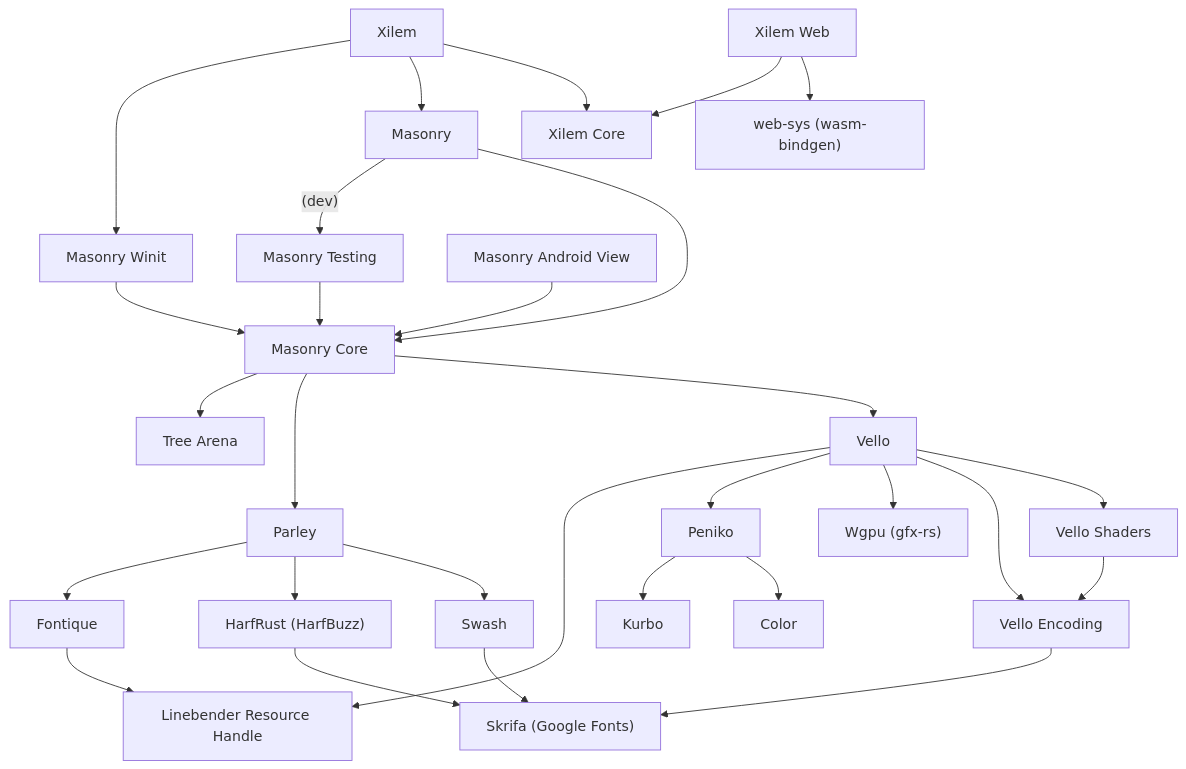
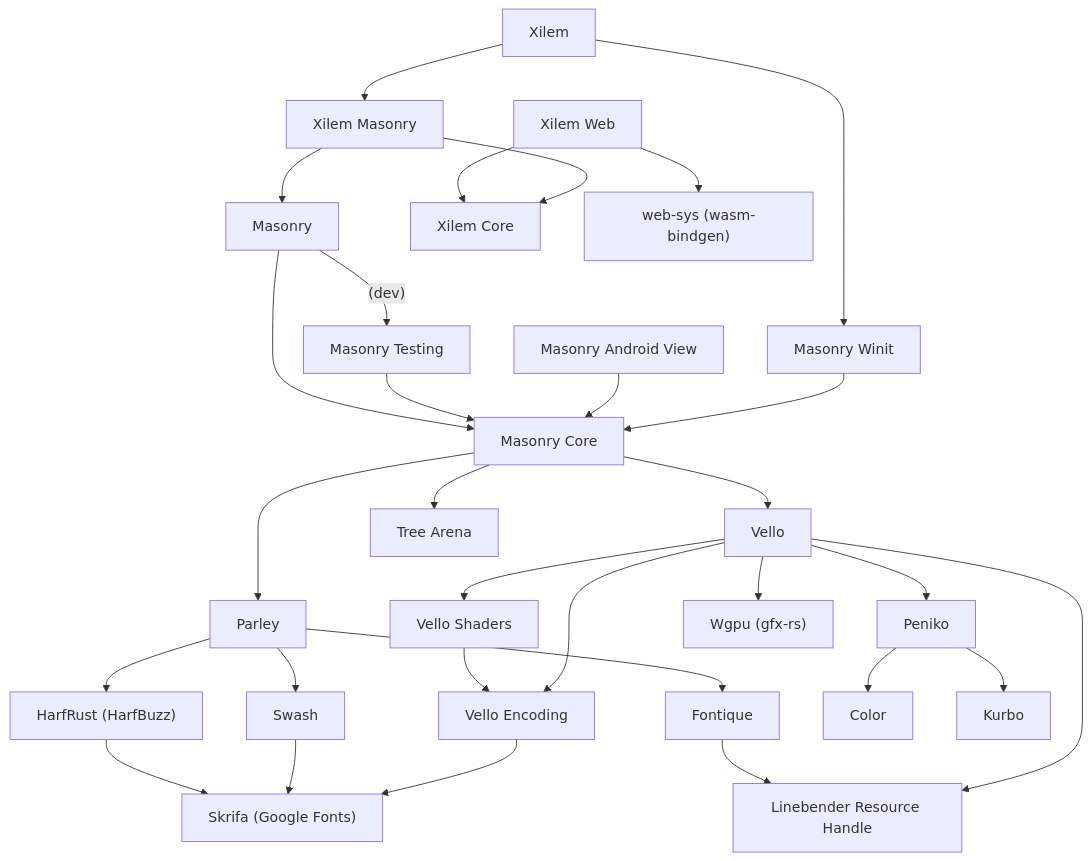
Before and after one commit to linebender/xilem: the diagram in ARCHITECTURE.md, drawn with Mermaid. The commit also changed other lines of this file and 40 other files, not shown here.

First line of the commit message:
Split off code into new `xilem_masonry` crate (#1503)

````diff
--- a/ARCHITECTURE.md
+++ b/ARCHITECTURE.md
@@ -19,75 +20,78 @@
 ```mermaid
 graph TD
 %%   subgraph Masonry
     masonry[Masonry]
     masonry_core[Masonry Core]
 %%   end
     %% subgraph Masonry Drivers
         masonry_testing[Masonry Testing]
         masonry_winit[Masonry Winit]
         masonry_android_view[Masonry Android View]
     %% end
 %%   subgraph Xilem
     xilem[Xilem]
+    xilem_masonry[Xilem Masonry]
     xilem_core[Xilem Core]
     xilem_web[Xilem Web]
 %%   end
 %%   subgraph Vello
         vello[Vello]
         vello_encoding[Vello Encoding]
         vello_shaders[Vello Shaders]
         peniko[Peniko]
 %%   end
 %%   subgraph Parley
     parley[Parley]
     fontique[Fontique]
 %%   end
 tree_arena[Tree Arena]
 %%   subgraph Font Infrastructure
     linebender_resource_handle[Linebender Resource Handle]
     skrifa["Skrifa (Google Fonts)"]
     swash[Swash]
     harfrust["HarfRust (HarfBuzz)"]
 %%   end
 
 color[Color]
 kurbo[Kurbo]
 web_sys["web-sys (wasm-bindgen)"]
 
 wgpu["Wgpu (gfx-rs)"]
 
 fontique --> linebender_resource_handle
 masonry-->masonry_core
 masonry-- (dev) -->masonry_testing
 masonry_testing-->masonry_core
 
 masonry_android_view --> masonry_core
 masonry_winit --> masonry_core
 harfrust --> skrifa
 swash --> skrifa
 parley --> swash
 parley --> harfrust
 parley --> fontique
 
 peniko --> color
 peniko --> kurbo
 
 vello --> vello_shaders
 vello_shaders --> vello_encoding
 vello --> vello_encoding
 vello_encoding --> skrifa
 vello --> wgpu
 
 vello --> peniko
 vello --> linebender_resource_handle
 
 xilem_web --> web_sys
 xilem_web --> xilem_core
-xilem --> xilem_core
 masonry_core -->  vello
 masonry_core -->  parley
 masonry_core -->  tree_arena
 
-xilem --> masonry
+xilem_masonry --> xilem_core
+xilem_masonry --> masonry
+
+xilem --> xilem_masonry
 xilem --> masonry_winit
 ```
````
